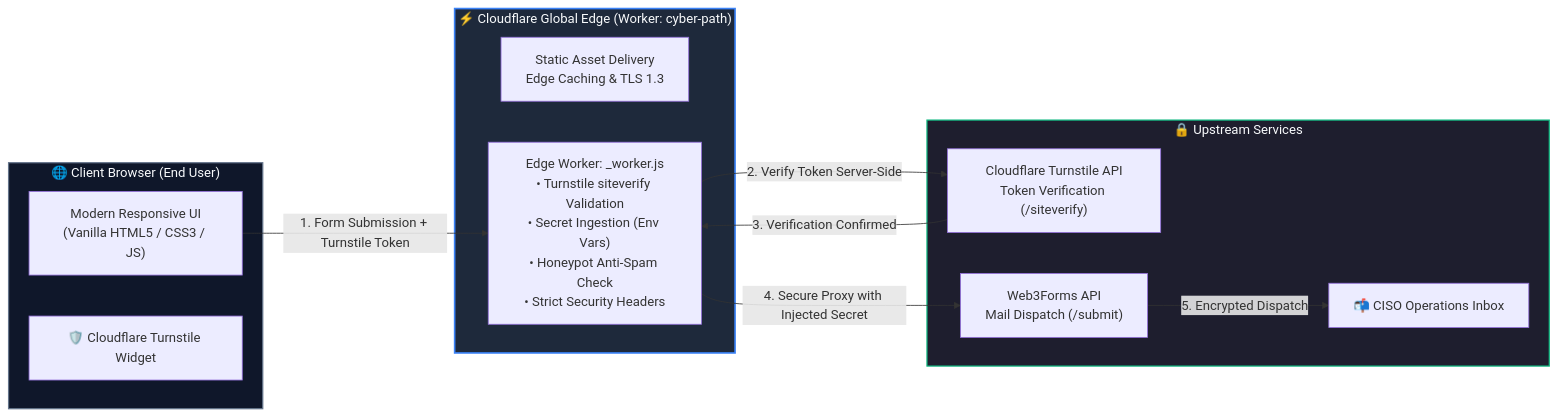
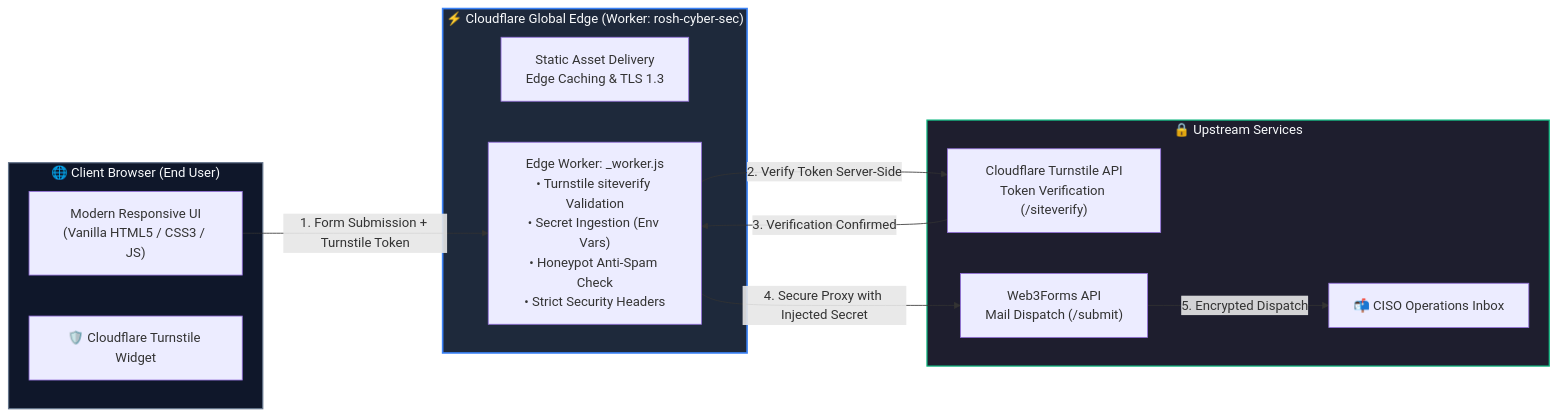
Before and after one commit to shlomi-sharbet/CISO-AS-A-SERVICE-Website: the diagram in README.md, drawn with Mermaid. The commit also changed 4 other files, not shown here.

Commit message:
feat(branding): update brand name to Rosh Cyber Sec across all files and configs

````diff
--- a/README.md
+++ b/README.md
@@ -19,28 +19,28 @@
 ```mermaid
 flowchart LR
     subgraph Client["🌐 Client Browser (End User)"]
         UI["Modern Responsive UI<br/>(Vanilla HTML5 / CSS3 / JS)"]
         TurnstileWidget["🛡️ Cloudflare Turnstile Widget"]
     end
 
-    subgraph Edge["⚡ Cloudflare Global Edge (Worker: cyber-path)"]
+    subgraph Edge["⚡ Cloudflare Global Edge (Worker: rosh-cyber-sec)"]
         CFStatic["Static Asset Delivery<br/>Edge Caching & TLS 1.3"]
         CFWorker["Edge Worker: _worker.js<br/>• Turnstile siteverify Validation<br/>• Secret Ingestion (Env Vars)<br/>• Honeypot Anti-Spam Check<br/>• Strict Security Headers"]
     end
 
     subgraph External["🔒 Upstream Services"]
         CFTurnstileAPI["Cloudflare Turnstile API<br/>Token Verification (/siteverify)"]
         MailService["Web3Forms API<br/>Mail Dispatch (/submit)"]
         CISOInbox["📬 CISO Operations Inbox"]
     end
 
     UI -->|1. Form Submission + Turnstile Token| CFWorker
     CFWorker -->|2. Verify Token Server-Side| CFTurnstileAPI
     CFTurnstileAPI -->|3. Verification Confirmed| CFWorker
     CFWorker -->|4. Secure Proxy with Injected Secret| MailService
     MailService -->|5. Encrypted Dispatch| CISOInbox
 
     style Edge fill:#1e293b,stroke:#3b82f6,stroke-width:2px,color:#f8fafc
     style Client fill:#0f172a,stroke:#64748b,stroke-width:1.5px,color:#f8fafc
     style External fill:#1e1e2e,stroke:#10b981,stroke-width:1.5px,color:#f8fafc
 ```
````
